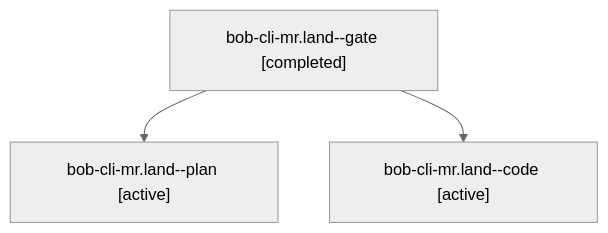
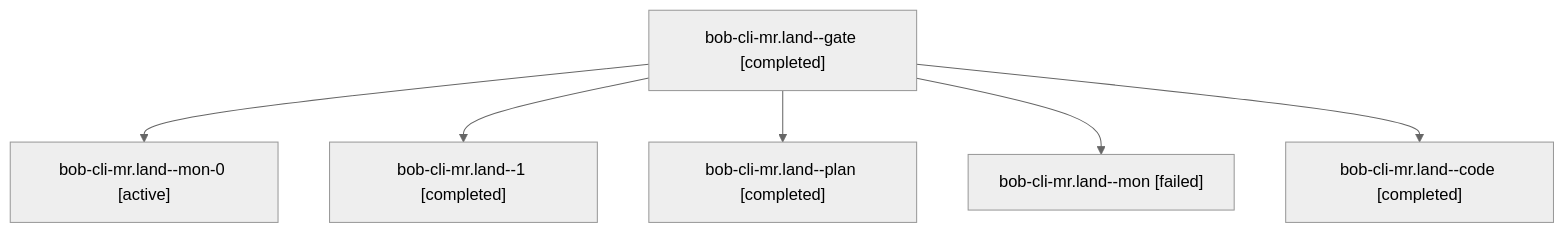
One commit to bobs-org/bob-cli--agents changed the diagram in sessions/bbugyi200.athena.bob-cli-mr.land.md. Above: the diagram before and after it, drawn with Mermaid (neutral theme). The commit also changed other lines of this file and 55 other files, not shown here.

````diff
--- a/sessions/bbugyi200.athena.bob-cli-mr.land.md
+++ b/sessions/bbugyi200.athena.bob-cli-mr.land.md
@@ -9,8 +9,14 @@
 ```mermaid
 flowchart TD
   n0["bob-cli-mr.land--gate [completed]"]
-  n1["bob-cli-mr.land--plan [active]"]
+  n1["bob-cli-mr.land--mon-0 [active]"]
   n0 --> n1
-  n2["bob-cli-mr.land--code [active]"]
+  n2["bob-cli-mr.land--1 [completed]"]
   n0 --> n2
+  n3["bob-cli-mr.land--plan [completed]"]
+  n0 --> n3
+  n4["bob-cli-mr.land--mon [failed]"]
+  n0 --> n4
+  n5["bob-cli-mr.land--code [completed]"]
+  n0 --> n5
 ```
````
